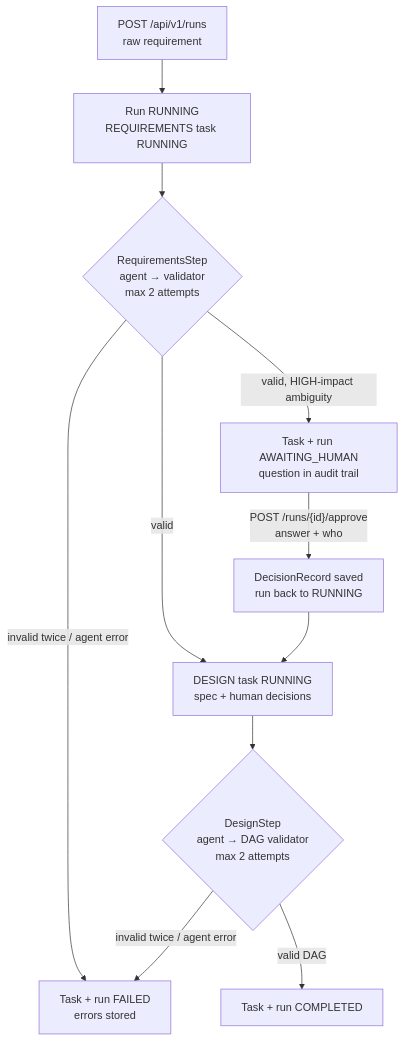
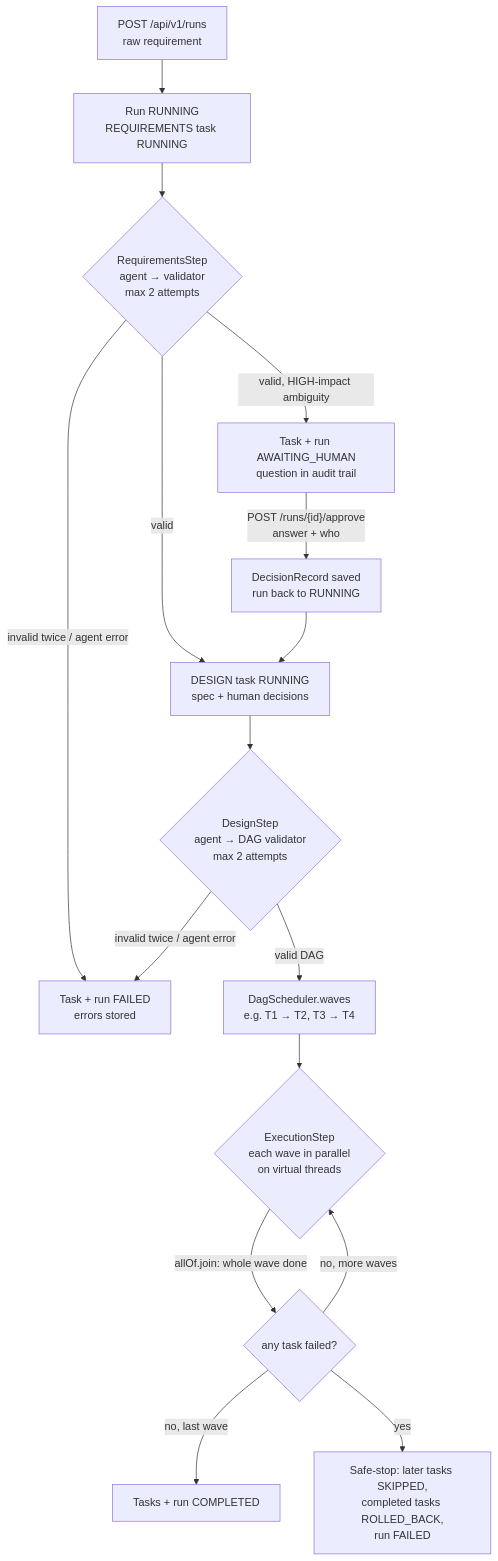
One commit to kazicodemed/agentic-url-shortener changed the diagram in ORCHESTRATION.md. Above: the diagram before and after it, drawn with Mermaid. The commit also changed other lines of this file and 6 other files, not shown here.

````diff
--- a/ORCHESTRATION.md
+++ b/ORCHESTRATION.md
@@ -17,13 +17,18 @@
 ```mermaid
 flowchart TD
     A[POST /api/v1/runs<br/>raw requirement] --> B[Run RUNNING<br/>REQUIREMENTS task RUNNING]
     B --> C{RequirementsStep<br/>agent → validator<br/>max 2 attempts}
     C -- invalid twice / agent error --> F[Task + run FAILED<br/>errors stored]
     C -- valid, HIGH-impact ambiguity --> H[Task + run AWAITING_HUMAN<br/>question in audit trail]
     C -- valid --> D
     H -- POST /runs/{id}/approve<br/>answer + who --> R[DecisionRecord saved<br/>run back to RUNNING]
     R --> D[DESIGN task RUNNING<br/>spec + human decisions]
     D --> E{DesignStep<br/>agent → DAG validator<br/>max 2 attempts}
     E -- invalid twice / agent error --> F
-    E -- valid DAG --> G[Task + run COMPLETED]
+    E -- valid DAG --> W[DagScheduler.waves<br/>e.g. T1 → T2, T3 → T4]
+    W --> X{ExecutionStep<br/>each wave in parallel<br/>on virtual threads}
+    X -- allOf.join: whole wave done --> Y{any task failed?}
+    Y -- no, more waves --> X
+    Y -- no, last wave --> G[Tasks + run COMPLETED]
+    Y -- yes --> S[Safe-stop: later tasks SKIPPED,<br/>completed tasks ROLLED_BACK,<br/>run FAILED]
 ```
````
